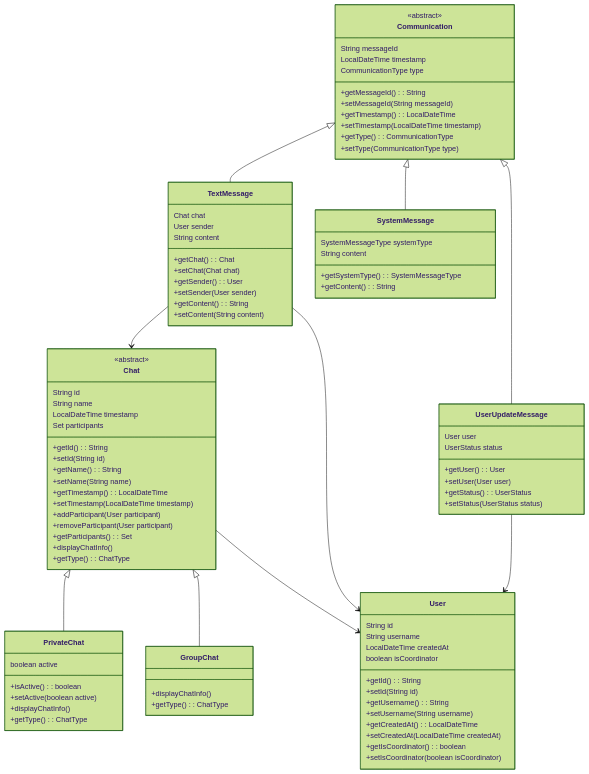
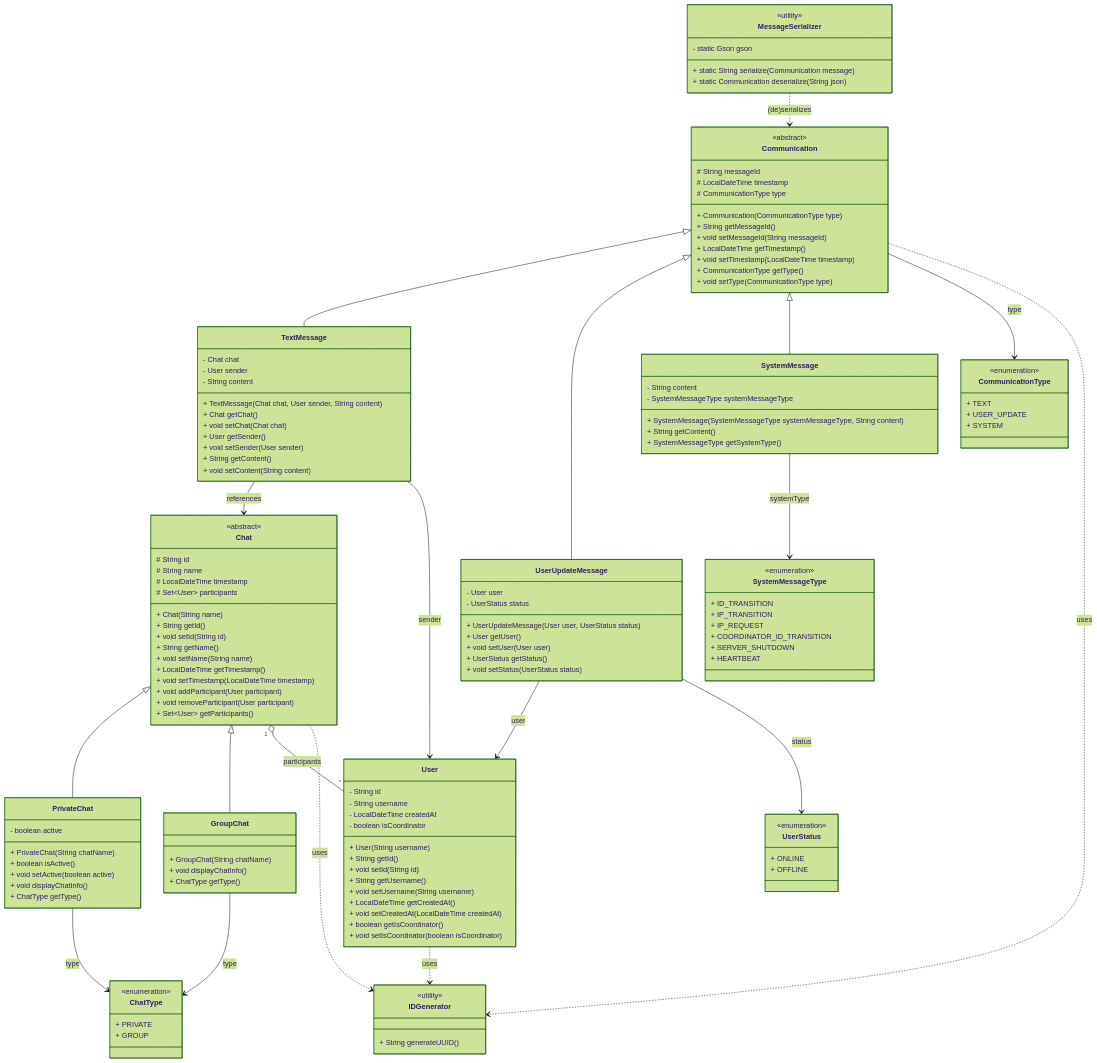
Before and after one commit to UoG-Advanced-Programming/ChatApp: the third of 3 diagrams in README.md, drawn with Mermaid (forest theme).

````diff
--- a/README.md
+++ b/README.md
@@ -129,100 +129,165 @@
    ```mermaid
    classDiagram
+       %% Abstract Classes
+       class Chat {
+           <<abstract>>
+           # String id
+           # String name
+           # LocalDateTime timestamp
+           # Set~User~ participants
+           + Chat(String name)
+           + String getId()
+           + void setId(String id)
+           + String getName()
+           + void setName(String name)
+           + LocalDateTime getTimestamp()
+           + void setTimestamp(LocalDateTime timestamp)
+           + void addParticipant(User participant)
+           + void removeParticipant(User participant)
+           + Set~User~ getParticipants()
+       }
+   
        class Communication {
            <<abstract>>
-           String messageId
-           LocalDateTime timestamp
-           CommunicationType type
-           +getMessageId(): String
-           +setMessageId(String messageId)
-           +getTimestamp(): LocalDateTime
-           +setTimestamp(LocalDateTime timestamp)
-           +getType(): CommunicationType
-           +setType(CommunicationType type)
+           # String messageId
+           # LocalDateTime timestamp
+           # CommunicationType type
+           + Communication(CommunicationType type)
+           + String getMessageId()
+           + void setMessageId(String messageId)
+           + LocalDateTime getTimestamp()
+           + void setTimestamp(LocalDateTime timestamp)
+           + CommunicationType getType()
+           + void setType(CommunicationType type)
+       }
+   
+       %% Concrete Classes
+       class PrivateChat {
+           - boolean active
+           + PrivateChat(String chatName)
+           + boolean isActive()
+           + void setActive(boolean active)
+           + void displayChatInfo()
+           + ChatType getType()
+       }
+   
+       class GroupChat {
+           + GroupChat(String chatName)
+           + void displayChatInfo()
+           + ChatType getType()
        }
    
        class TextMessage {
-           Chat chat
-           User sender
-           String content
-           +getChat(): Chat
-           +setChat(Chat chat)
-           +getSender(): User
-           +setSender(User sender)
-           +getContent(): String
-           +setContent(String content)
+           - Chat chat
+           - User sender
+           - String content
+           + TextMessage(Chat chat, User sender, String content)
+           + Chat getChat()
+           + void setChat(Chat chat)
+           + User getSender()
+           + void setSender(User sender)
+           + String getContent()
+           + void setContent(String content)
+       }
+   
+       class UserUpdateMessage {
+           - User user
+           - UserStatus status
+           + UserUpdateMessage(User user, UserStatus status)
+           + User getUser()
+           + void setUser(User user)
+           + UserStatus getStatus()
+           + void setStatus(UserStatus status)
        }
    
        class SystemMessage {
-           SystemMessageType systemType
-           String content
-           +getSystemType(): SystemMessageType
-           +getContent(): String
-       }
-   
-       class UserUpdateMessage {
-           User user
-           UserStatus status
-           +getUser(): User
-           +setUser(User user)
-           +getStatus(): UserStatus
-           +setStatus(UserStatus status)
+           - String content
+           - SystemMessageType systemMessageType
+           + SystemMessage(SystemMessageType systemMessageType, String content)
+           + String getContent()
+           + SystemMessageType getSystemType()
        }
    
        class User {
-           String id
-           String username
-           LocalDateTime createdAt
-           boolean isCoordinator
-           +getId(): String
-           +setId(String id)
-           +getUsername(): String
-           +setUsername(String username)
-           +getCreatedAt(): LocalDateTime
-           +setCreatedAt(LocalDateTime createdAt)
-           +getIsCoordinator(): boolean
-           +setIsCoordinator(boolean isCoordinator)
+           - String id
+           - String username
+           - LocalDateTime createdAt
+           - boolean isCoordinator
+           + User(String username)
+           + String getId()
+           + void setId(String id)
+           + String getUsername()
+           + void setUsername(String username)
+           + LocalDateTime getCreatedAt()
+           + void setCreatedAt(LocalDateTime createdAt)
+           + boolean getIsCoordinator()
+           + void setIsCoordinator(boolean isCoordinator)
        }
    
-       class Chat {
-           <<abstract>>
-           String id
-           String name
-           LocalDateTime timestamp
-           Set<User> participants
-           +getId(): String
-           +setId(String id)
-           +getName(): String
-           +setName(String name)
-           +getTimestamp(): LocalDateTime
-           +setTimestamp(LocalDateTime timestamp)
-           +addParticipant(User participant)
-           +removeParticipant(User participant)
-           +getParticipants(): Set<User>
-           +displayChatInfo()
-           +getType(): ChatType
+       %% Utility Classes
+       class IDGenerator {
+           <<utility>>
+           + String generateUUID()
        }
    
-       class PrivateChat {
-           boolean active
-           +isActive(): boolean
-           +setActive(boolean active)
-           +displayChatInfo()
-           +getType(): ChatType
+       class MessageSerializer {
+           <<utility>>
+           - static Gson gson
+           + static String serialize(Communication message)
+           + static Communication deserialize(String json)
        }
    
-       class GroupChat {
-           +displayChatInfo()
-           +getType(): ChatType
+       %% Enums
+       class ChatType {
+           <<enumeration>>
+           + PRIVATE
+           + GROUP
        }
    
-       Communication <|-- TextMessage
-       Communication <|-- SystemMessage
-       Communication <|-- UserUpdateMessage
+       class CommunicationType {
+           <<enumeration>>
+           + TEXT
+           + USER_UPDATE
+           + SYSTEM
+       }
+   
+       class UserStatus {
+           <<enumeration>>
+           + ONLINE
+           + OFFLINE
+       }
+   
+       class SystemMessageType {
+           <<enumeration>>
+           + ID_TRANSITION
+           + IP_TRANSITION
+           + IP_REQUEST
+           + COORDINATOR_ID_TRANSITION
+           + SERVER_SHUTDOWN
+           + HEARTBEAT
+       }
+   
+       %% Inheritance
        Chat <|-- PrivateChat
        Chat <|-- GroupChat
-       TextMessage --> Chat
-       TextMessage --> User
-       UserUpdateMessage --> User
-       Chat --> User
+       Communication <|-- TextMessage
+       Communication <|-- UserUpdateMessage
+       Communication <|-- SystemMessage
+   
+       %% Associations & Dependencies
+       Chat "1" o-- "*" User : participants
+       TextMessage --> Chat : references
+       TextMessage --> User : sender
+       UserUpdateMessage --> User : user
+       UserUpdateMessage --> UserStatus : status
+       SystemMessage --> SystemMessageType : systemType
+       Communication --> CommunicationType : type
+       PrivateChat --> ChatType : type
+       GroupChat --> ChatType : type
+   
+       %% Utility Usage
+       Chat ..> IDGenerator : uses
+       Communication ..> IDGenerator : uses
+       User ..> IDGenerator : uses
+       MessageSerializer ..> Communication : (de)serializes
    ```
````
